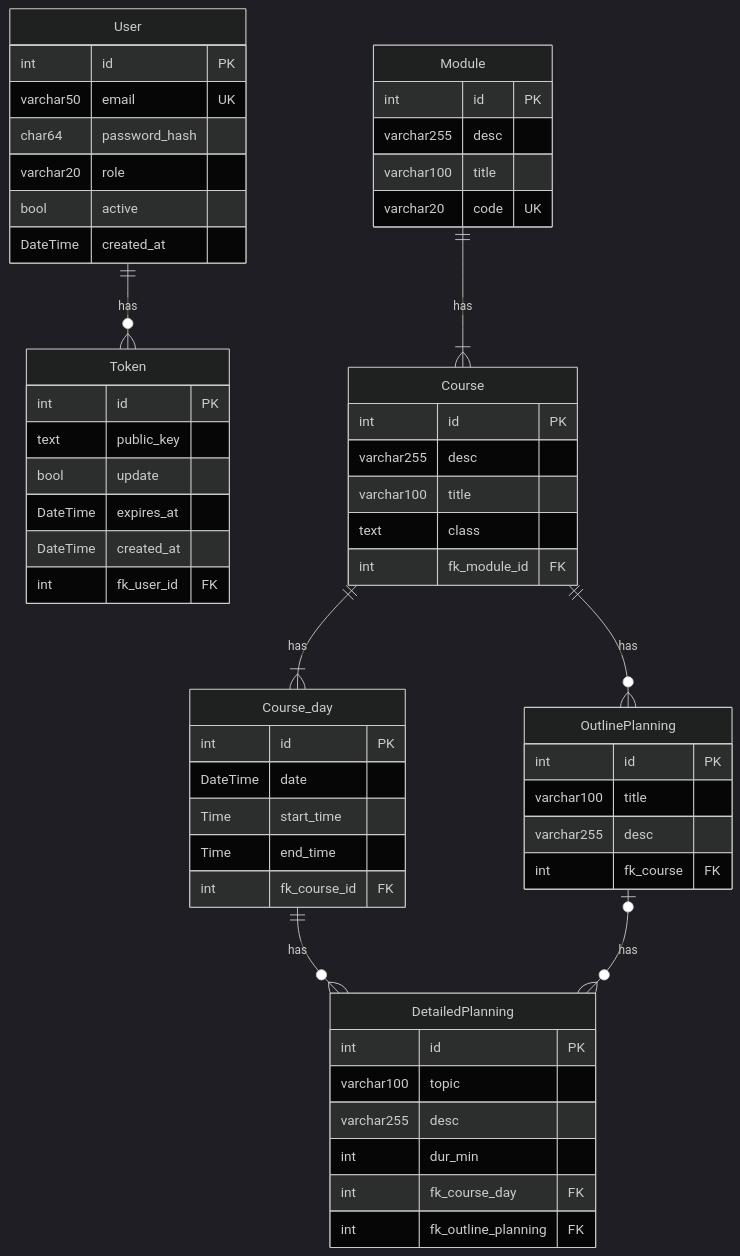
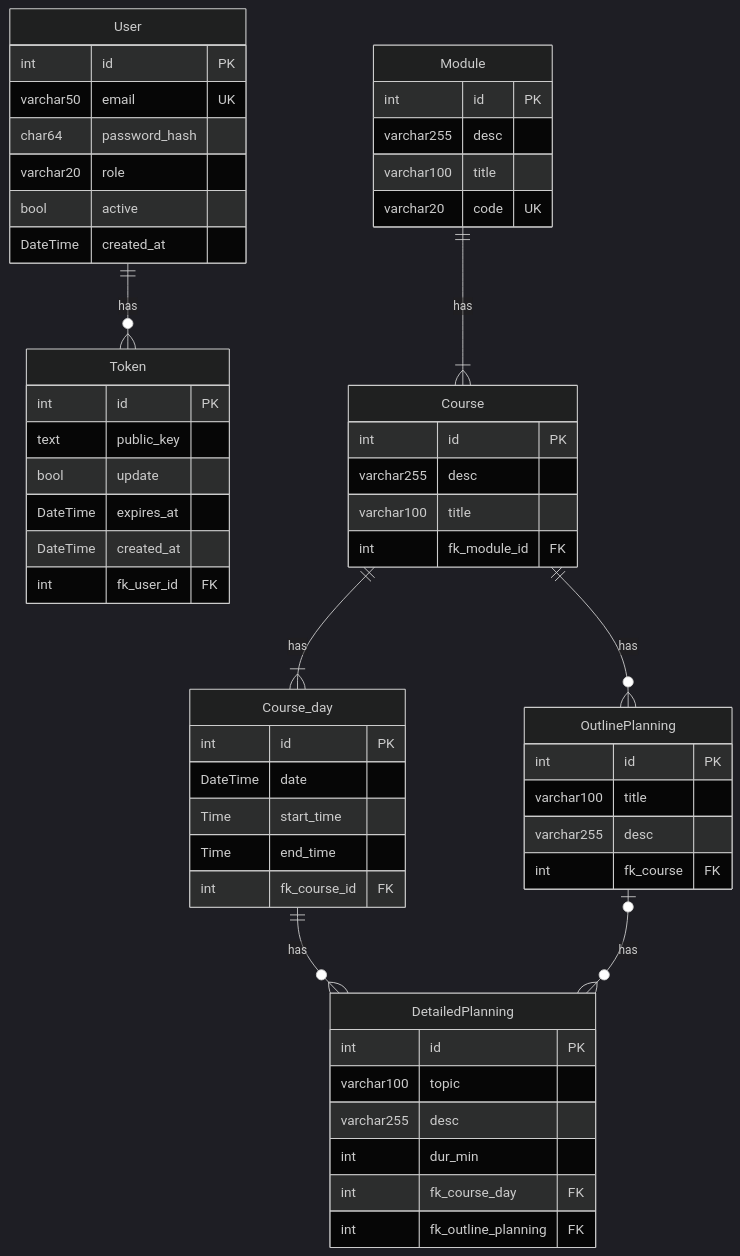
The diagram in Documentation/Database/ERModel.mmd (IPT8-1-Group/IPT8.1-Cadence), drawn with Mermaid (dark theme) before and after one commit.

Commit message:
docs(ermodel): delete class atribute

```diff
--- a/Documentation/Database/ERModel.mmd
+++ b/Documentation/Database/ERModel.mmd
@@ -1,69 +1,68 @@
 %% ||--||   one to one
 %% ||--o{   one to zero-or-many
 %% ||--|{   one to one-or-many
 %% o|--o{   zero-or-one to zero-or-many
 
 erDiagram
     User ||--o{ Token : has
     Module ||--|{ Course : has
     Course ||--|{ Course_day : has
     Course ||--o{ OutlinePlanning : has
     Course_day ||--o{ DetailedPlanning : has
     OutlinePlanning |o--o{ DetailedPlanning : has
 
     User {
         int id PK
         varchar50 email UK
         char64 password_hash
         varchar20 role
         bool active
         DateTime created_at
     }
 
     Token {
         int id PK
         text public_key
         bool update
         DateTime expires_at
         DateTime created_at
         int fk_user_id FK
     }
 
     Module {
         int id PK
         varchar255 desc
         varchar100 title
         varchar20 code UK
     }
 
     Course {
         int id PK
         varchar255 desc
         varchar100 title
-        text class
         int fk_module_id FK
     }
 
     Course_day {
         int id PK
         DateTime date
         Time start_time
         Time end_time
         int fk_course_id FK
     }
 
     OutlinePlanning {
         int id PK
         varchar100 title
         varchar255 desc
         int fk_course FK
     }
 
     DetailedPlanning {
         int id PK
         varchar100 topic
         varchar255 desc
         int dur_min
         int fk_course_day FK
         int fk_outline_planning FK
     }
```
